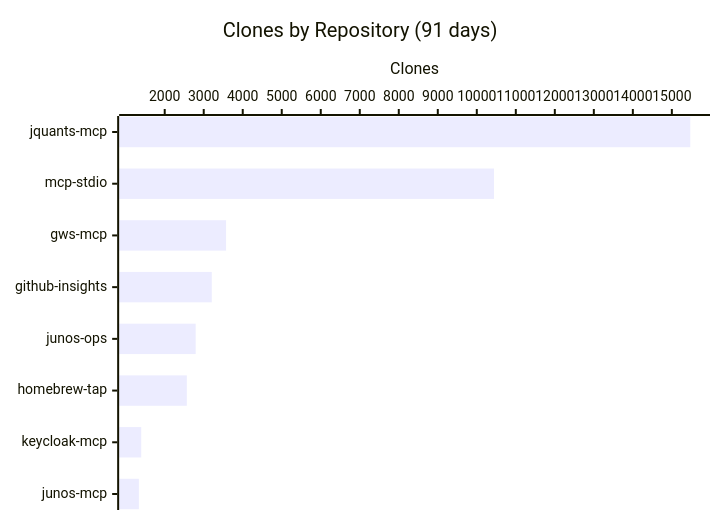
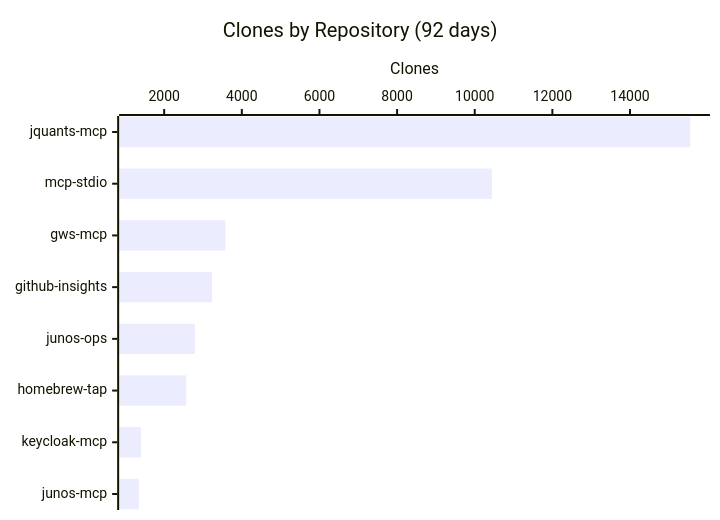
Before and after one commit to shigechika/github-insights: the third of 3 diagrams in README.md, drawn with Mermaid. The commit also changed other lines of this file and 2 other files, not shown here.

````diff
--- a/README.md
+++ b/README.md
@@ -43,7 +43,7 @@
 ```mermaid
 xychart-beta horizontal
-    title "Clones by Repository (91 days)"
+    title "Clones by Repository (92 days)"
     x-axis ["jquants-mcp", "mcp-stdio", "gws-mcp", "github-insights", "junos-ops", "homebrew-tap", "keycloak-mcp", "junos-mcp"]
     y-axis "Clones"
-    bar [15472, 10441, 3573, 3206, 2793, 2567, 1398, 1338]
+    bar [15552, 10442, 3578, 3232, 2795, 2571, 1401, 1349]
 ```
````
